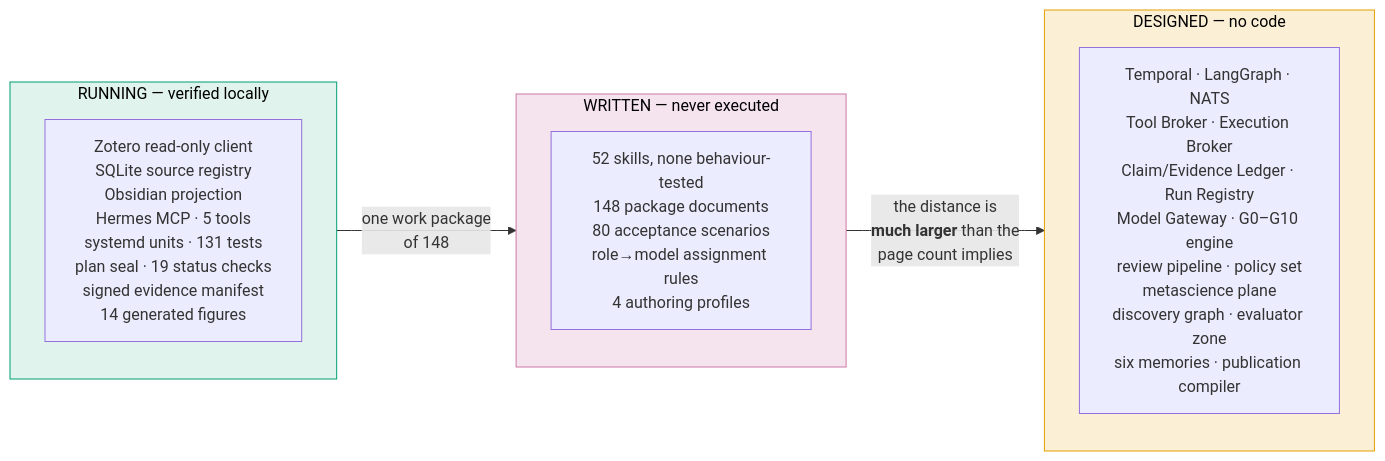
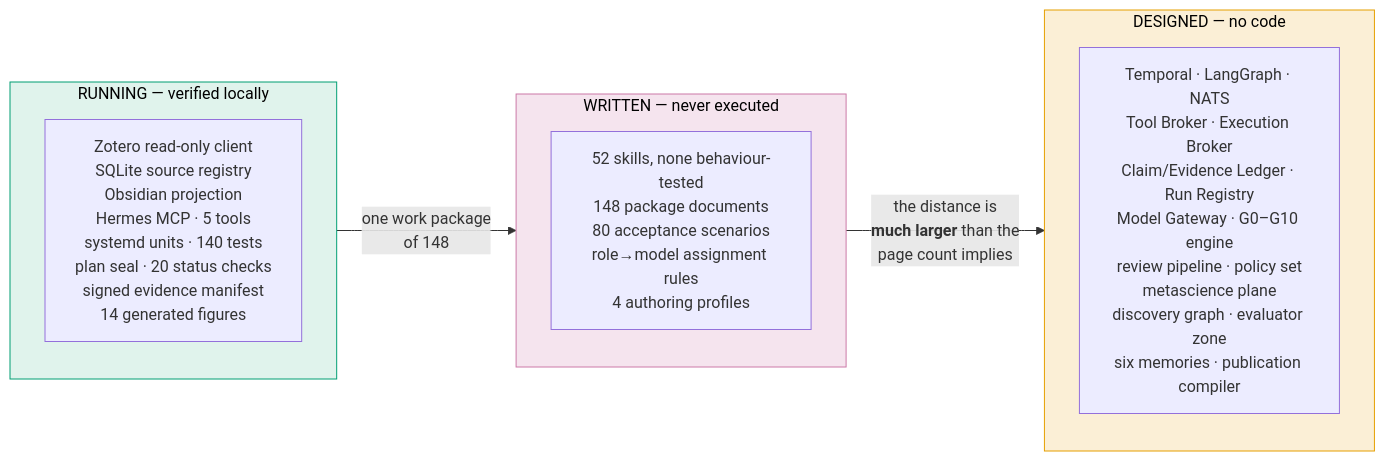
Diagram 23 of 24 in docs/architecture/AETHRION_ARCHITECTURE.md (furkanhanilci/AETHRION), drawn with Mermaid before and after one commit. The commit also changed 34 other files, not shown here.

````diff
--- a/docs/architecture/AETHRION_ARCHITECTURE.md
+++ b/docs/architecture/AETHRION_ARCHITECTURE.md
@@ -976,17 +976,17 @@
 ```mermaid
 flowchart LR
     subgraph WORKING["RUNNING — verified locally"]
-        W["Zotero read-only client<br/>SQLite source registry<br/>Obsidian projection<br/>Hermes MCP · 5 tools<br/>systemd units · 131 tests<br/>plan seal · 19 status checks<br/>signed evidence manifest<br/>14 generated figures"]
+        W["Zotero read-only client<br/>SQLite source registry<br/>Obsidian projection<br/>Hermes MCP · 5 tools<br/>systemd units · 140 tests<br/>plan seal · 20 status checks<br/>signed evidence manifest<br/>14 generated figures"]
     end
     subgraph WRITTEN["WRITTEN — never executed"]
         S["52 skills, none behaviour-tested<br/>148 package documents<br/>80 acceptance scenarios<br/>role→model assignment rules<br/>4 authoring profiles"]
     end
     subgraph DESIGNED["DESIGNED — no code"]
         D["Temporal · LangGraph · NATS<br/>Tool Broker · Execution Broker<br/>Claim/Evidence Ledger · Run Registry<br/>Model Gateway · G0–G10 engine<br/>review pipeline · policy set<br/>metascience plane<br/>discovery graph · evaluator zone<br/>six memories · publication compiler"]
     end
     WORKING -->|"one work package<br/>of 148"| WRITTEN
     WRITTEN -->|"the distance is<br/><b>much larger</b> than the<br/>page count implies"| DESIGNED
     style WORKING fill:#E0F3EC,stroke:#009E73,color:#000
     style WRITTEN fill:#F5E4EE,stroke:#CC79A7,color:#000
     style DESIGNED fill:#FBEFD6,stroke:#E69F00,color:#000
 ```
````
